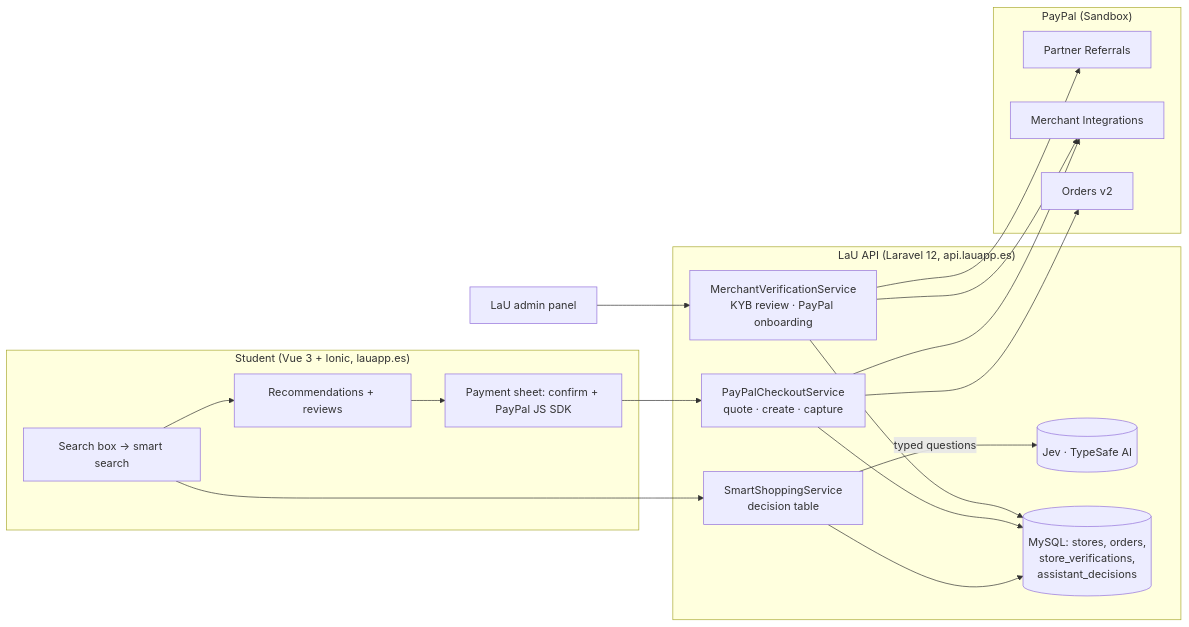
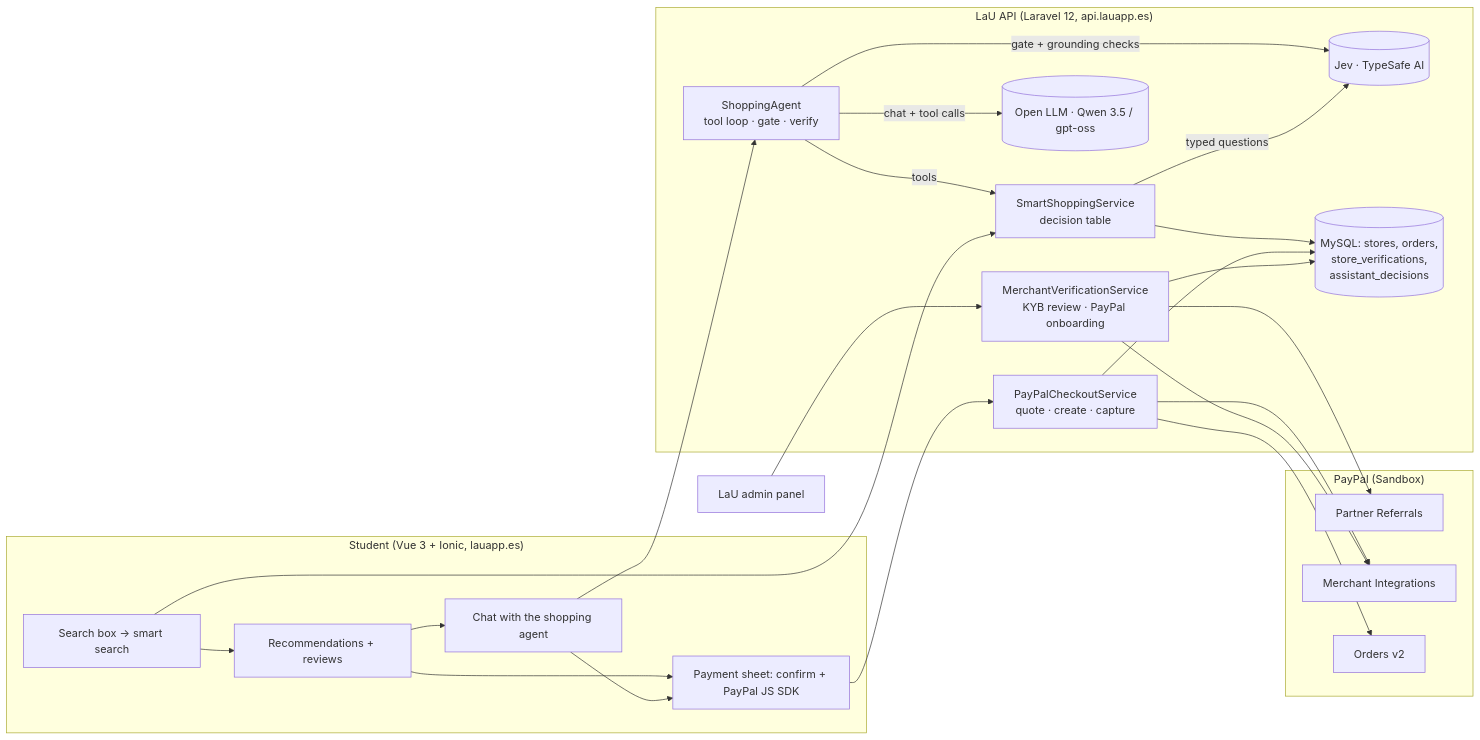
The diagram in HACKATHON.md (LaU-app/LaU), drawn with Mermaid before and after one commit. The commit also changed other lines of this file and 15 other files, not shown here.

````diff
--- a/HACKATHON.md
+++ b/HACKATHON.md
@@ -87,25 +118,31 @@
 ```mermaid
 flowchart LR
   subgraph Student["Student (Vue 3 + Ionic, lauapp.es)"]
     A[Search box → smart search] --> B[Recommendations + reviews]
+    B --> CH[Chat with the shopping agent]
     B --> C[Payment sheet: confirm + PayPal JS SDK]
+    CH --> C
   end
   subgraph API["LaU API (Laravel 12, api.lauapp.es)"]
+    AG[ShoppingAgent<br/>tool loop · gate · verify] -->|tools| D
+    AG -->|chat + tool calls| L[(Open LLM · Qwen 3.5 / gpt-oss)]
+    AG -->|gate + grounding checks| J
     D[SmartShoppingService<br/>decision table] -->|typed questions| J[(Jev · TypeSafe AI)]
     E[PayPalCheckoutService<br/>quote · create · capture]
     F[MerchantVerificationService<br/>KYB review · PayPal onboarding]
     G[(MySQL: stores, orders,<br/>store_verifications,<br/>assistant_decisions)]
   end
   subgraph PP["PayPal (Sandbox)"]
     P1[Partner Referrals]
     P2[Merchant Integrations]
     P3[Orders v2]
   end
   A --> D
+  CH --> AG
   C --> E --> P3
   E --> P2
   F --> P1
   F --> P2
   Admin[LaU admin panel] --> F
   D & E & F --> G
 ```
````
